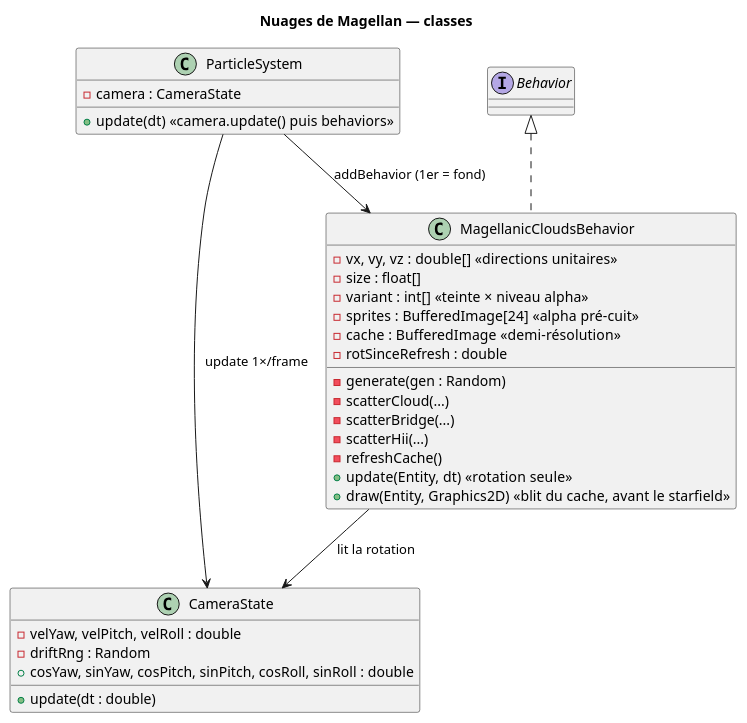
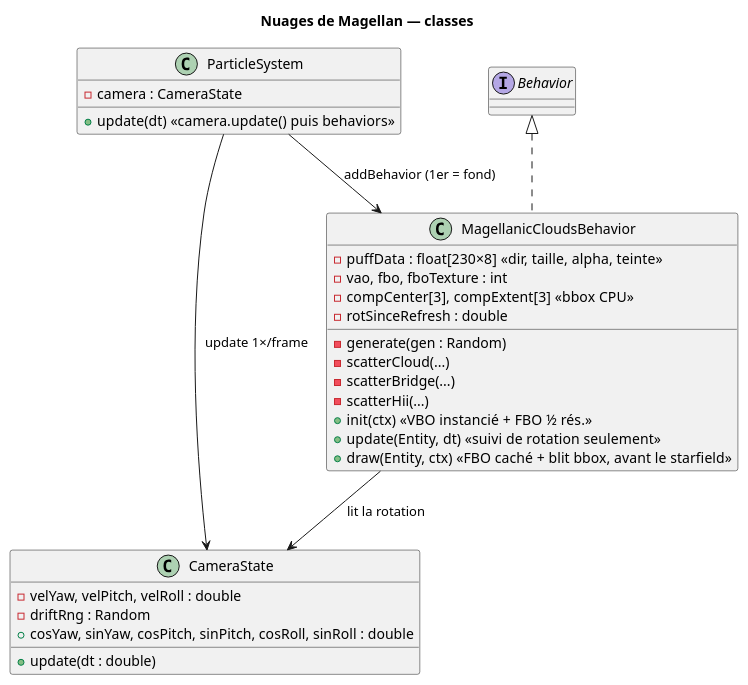
Before and after one commit to mcgivrer/demo001-arm64: the second of 3 diagrams in src/docs/11-magellanic-clouds.md, drawn with PlantUML. The commit also changed other lines of this file and 38 other files, not shown here.

````diff
--- a/src/docs/11-magellanic-clouds.md
+++ b/src/docs/11-magellanic-clouds.md
@@ -122,40 +123,38 @@
 ```plantuml
 @startuml
 title Nuages de Magellan — classes
 
 class ParticleSystem {
     - camera : CameraState
     + update(dt)  «camera.update() puis behaviors»
 }
 
 class CameraState {
     - velYaw, velPitch, velRoll : double
     - driftRng : Random
     + cosYaw, sinYaw, cosPitch, sinPitch, cosRoll, sinRoll : double
     + update(dt : double)
 }
 
 class MagellanicCloudsBehavior {
-    - vx, vy, vz : double[]  «directions unitaires»
-    - size : float[]
-    - variant : int[]  «teinte × niveau alpha»
-    - sprites : BufferedImage[24]  «alpha pré-cuit»
-    - cache : BufferedImage  «demi-résolution»
+    - puffData : float[230×8]  «dir, taille, alpha, teinte»
+    - vao, fbo, fboTexture : int
+    - compCenter[3], compExtent[3]  «bbox CPU»
     - rotSinceRefresh : double
     - generate(gen : Random)
     - scatterCloud(...)
     - scatterBridge(...)
     - scatterHii(...)
-    - refreshCache()
-    + update(Entity, dt)  «rotation seule»
-    + draw(Entity, Graphics2D)  «blit du cache, avant le starfield»
+    + init(ctx)  «VBO instancié + FBO ½ rés.»
+    + update(Entity, dt)  «suivi de rotation seulement»
+    + draw(Entity, ctx)  «FBO caché + blit bbox, avant le starfield»
 }
 
 interface Behavior
 
 Behavior <|.. MagellanicCloudsBehavior
 ParticleSystem --> CameraState : update 1×/frame
 ParticleSystem --> MagellanicCloudsBehavior : addBehavior (1er = fond)
 MagellanicCloudsBehavior --> CameraState : lit la rotation
 @enduml
 ```
````
